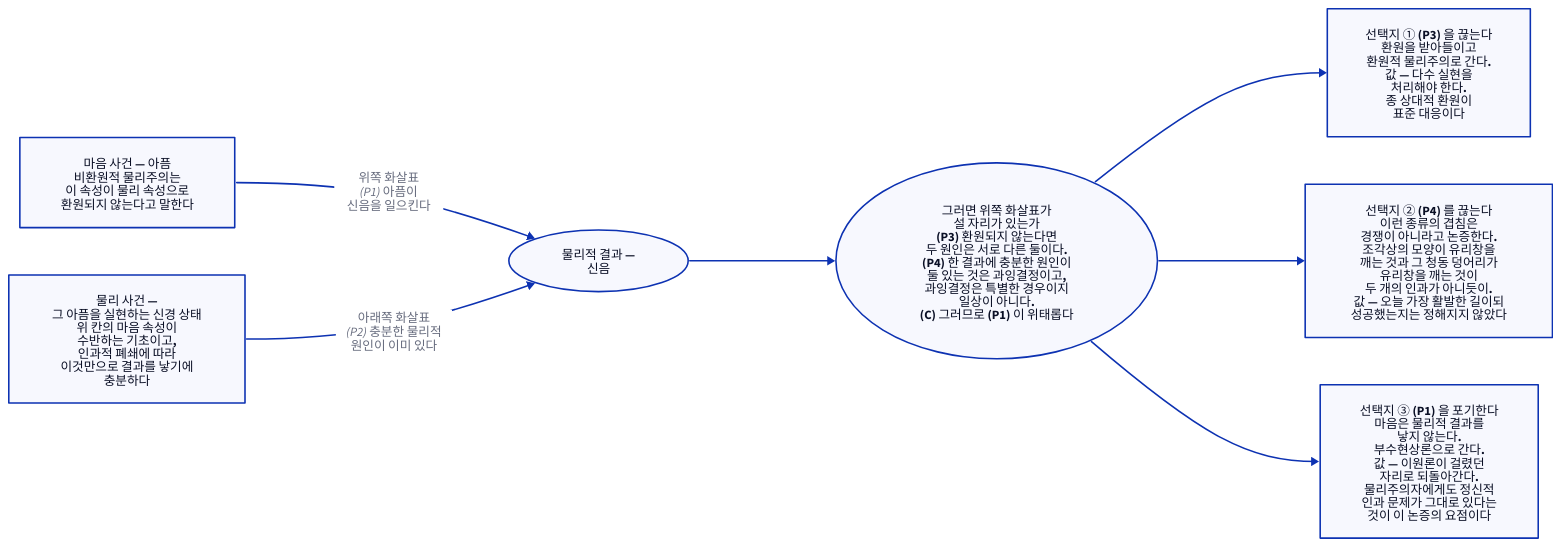
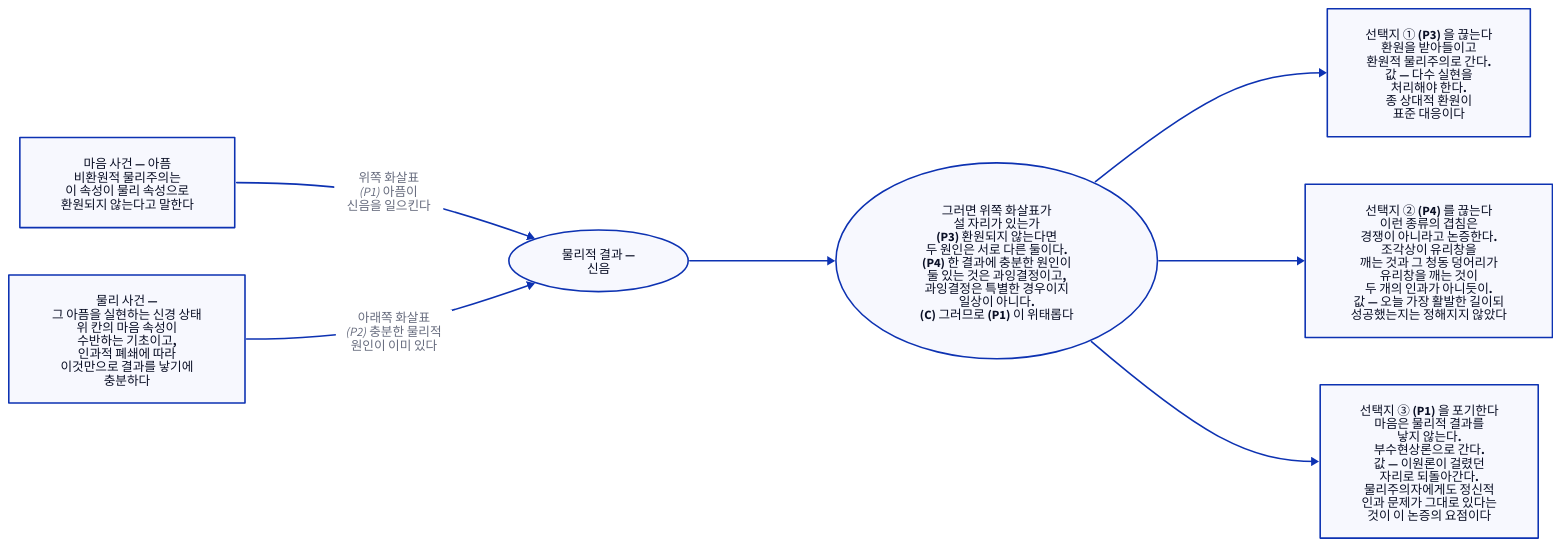
One commit to Dong-gi/Dong-gi.github.io changed the diagram in d2/philosophy/phi-d-exclusion.d2. Above: the diagram before and after it, drawn with D2. The commit also changed 622 other files, not shown here.

```diff
--- a/d2/philosophy/phi-d-exclusion.d2
+++ b/d2/philosophy/phi-d-exclusion.d2
@@ -1,45 +1,45 @@
 # 인과적 배제 논증 — 철학 14장.
 #
 # 무엇을 읽어야 하나: 같은 결과에 두 원인이 나란히 놓이는 그림이 문제다.
 # 위쪽 화살표를 살리려면 아래쪽 화살표와의 관계를 말해야 한다.
 # 남은 선택지는 셋뿐이고, 셋 다 무언가를 내놓는다.
 direction: right
 
 마음원인: {
   label: "마음 사건 — 아픔\n비환원적 물리주의는\n이 속성이 물리 속성으로\n환원되지 않는다고 말한다"
   style.bold: true
 }
 물리원인: {
   label: "물리 사건 —\n그 아픔을 실현하는 신경 상태\n위 칸의 마음 속성이\n수반하는 기초이고,\n인과적 폐쇄에 따라\n이것만으로 결과를 낳기에\n충분하다"
   style.bold: true
 }
 결과: {
   label: "물리적 결과 —\n신음"
   shape: oval
   style.bold: true
 }
 
 마음원인 -> 결과: "위쪽 화살표\n(P1) 아픔이\n신음을 일으킨다"
 물리원인 -> 결과: "아래쪽 화살표\n(P2) 충분한 물리적\n원인이 이미 있다"
 
 물음: {
   label: "그러면 위쪽 화살표가\n설 자리가 있는가\n(P3) 환원되지 않는다면\n두 원인은 서로 다른 둘이다.\n(P4) 한 결과에 충분한 원인이\n둘 있는 것은 과잉결정이고,\n과잉결정은 특별한 경우이지\n일상이 아니다.\n(C) 그러므로 (P1) 이 위태롭다"
   shape: oval
   style.bold: true
 }
 결과 -> 물음
 
 길1: {
   label: "선택지 ① (P3) 을 끊는다\n환원을 받아들이고\n환원적 물리주의로 간다.\n값 — 다수 실현을\n처리해야 한다.\n종 상대적 환원이\n표준 대응이다"
 }
 길2: {
-  label: "선택지 ② (P4) 를 끊는다\n이런 종류의 겹침은\n경쟁이 아니라고 논증한다.\n조각상의 모양이 유리창을\n깨는 것과 그 청동 덩어리가\n유리창을 깨는 것이\n두 개의 인과가 아니듯이.\n값 — 오늘 가장 활발한 길이되\n성공했는지는 정해지지 않았다"
+  label: "선택지 ② (P4) 를 끊는다\n이런 종류의 겹침은\n경쟁이 아니라고 논증한다.\n조각상이 유리창을\n깨는 것과 그 청동 덩어리가\n유리창을 깨는 것이\n두 개의 인과가 아니듯이.\n값 — 오늘 가장 활발한 길이되\n성공했는지는 정해지지 않았다"
   style.bold: true
 }
 길3: {
   label: "선택지 ③ (P1) 을 포기한다\n마음은 물리적 결과를\n낳지 않는다.\n부수현상론으로 간다.\n값 — 이원론이 걸렸던\n자리로 되돌아간다.\n물리주의자에게도 정신적\n인과 문제가 그대로 있다는\n것이 이 논증의 요점이다"
 }
 
 물음 -> 길1
 물음 -> 길2
 물음 -> 길3
```
